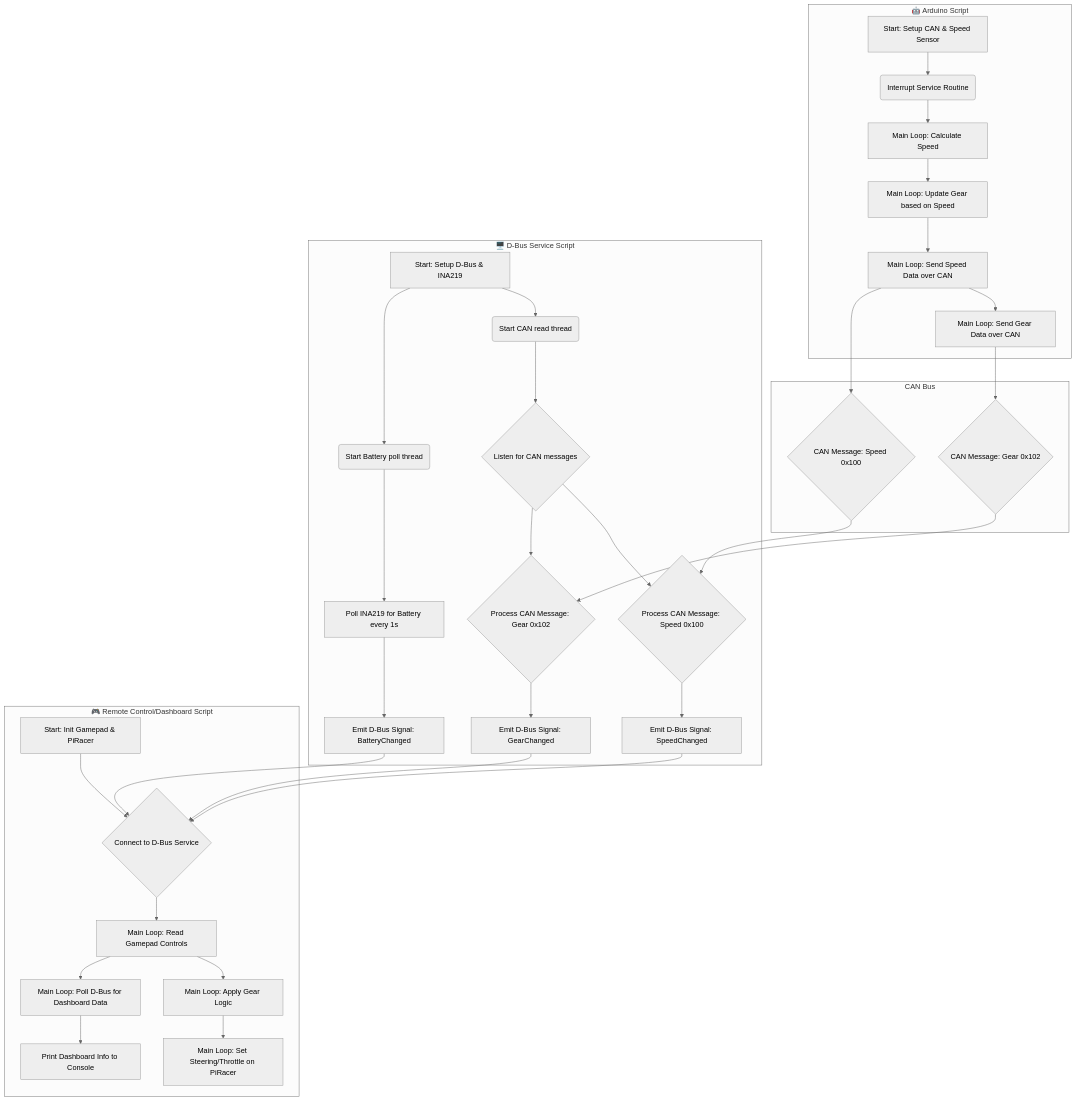
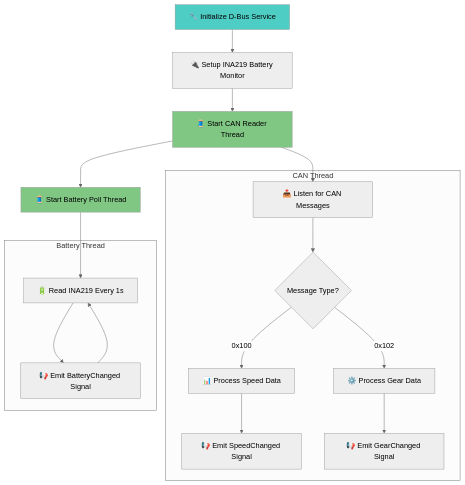
One commit to saicharansathyam/Instrument-Cluster changed the third of 7 diagrams in README.md. Above: the diagram before and after it, drawn with Mermaid (neutral theme). The commit also changed other lines of this file, not shown here.

````diff
--- a/README.md
+++ b/README.md
@@ -4,45 +46,26 @@
 ```mermaid
-graph TD
-    subgraph Arduino_Sender ["🤖 Arduino Script"]
-        A[Start: Setup CAN & Speed Sensor] --> B(Interrupt Service Routine)
-        B --> C[Main Loop: Calculate Speed]
-        C --> D[Main Loop: Update Gear based on Speed]
-        D --> E[Main Loop: Send Speed Data over CAN]
-        E --> F[Main Loop: Send Gear Data over CAN]
+flowchart TD
+    A[🔧 Initialize D-Bus Service] --> B[🔌 Setup INA219 Battery Monitor]
+    B --> C[🧵 Start CAN Reader Thread]
+    C --> D[🧵 Start Battery Poll Thread]
+    
+    subgraph "CAN Thread"
+        E[📥 Listen for CAN Messages] --> F{Message Type?}
+        F -->|0x100| G[📊 Process Speed Data]
+        F -->|0x102| H[⚙️ Process Gear Data]
+        G --> I[📢 Emit SpeedChanged Signal]
+        H --> J[📢 Emit GearChanged Signal]
     end
     
-    subgraph CAN_Bus ["CAN Bus"]
-        G{CAN Message: Speed 0x100}
-        H{CAN Message: Gear 0x102}
+    subgraph "Battery Thread"
+        K[🔋 Read INA219 Every 1s] --> L[📢 Emit BatteryChanged Signal]
+        L --> K
     end
     
-    subgraph D_Bus_Service ["🖥️ D-Bus Service Script"]
-        I[Start: Setup D-Bus & INA219] --> J(Start CAN read thread)
-        I --> K(Start Battery poll thread)
-        J --> L{Listen for CAN messages}
-        K --> M[Poll INA219 for Battery every 1s]
-        L --> N{Process CAN Message: Speed 0x100}
-        L --> O{Process CAN Message: Gear 0x102}
-        M --> P[Emit D-Bus Signal: BatteryChanged]
-        N --> Q[Emit D-Bus Signal: SpeedChanged]
-        O --> R[Emit D-Bus Signal: GearChanged]
-    end
+    C --> E
+    D --> K
     
-    subgraph Remote_Control_Dashboard ["🎮 Remote Control/Dashboard Script"]
-        S[Start: Init Gamepad & PiRacer] --> T{Connect to D-Bus Service}
-        T --> U[Main Loop: Read Gamepad Controls]
-        U --> V[Main Loop: Apply Gear Logic]
-        V --> W[Main Loop: Set Steering/Throttle on PiRacer]
-        U --> X[Main Loop: Poll D-Bus for Dashboard Data]
-        X --> Y[Print Dashboard Info to Console]
-    end
-    
-    %% Inter-subsystem connections
-    E --> G
-    F --> H
-    G --> N
-    H --> O
-    Q --> T
-    R --> T
-    P --> T
+    style A fill:#4ecdc4
+    style C fill:#81c784
+    style D fill:#81c784
 ```
````
